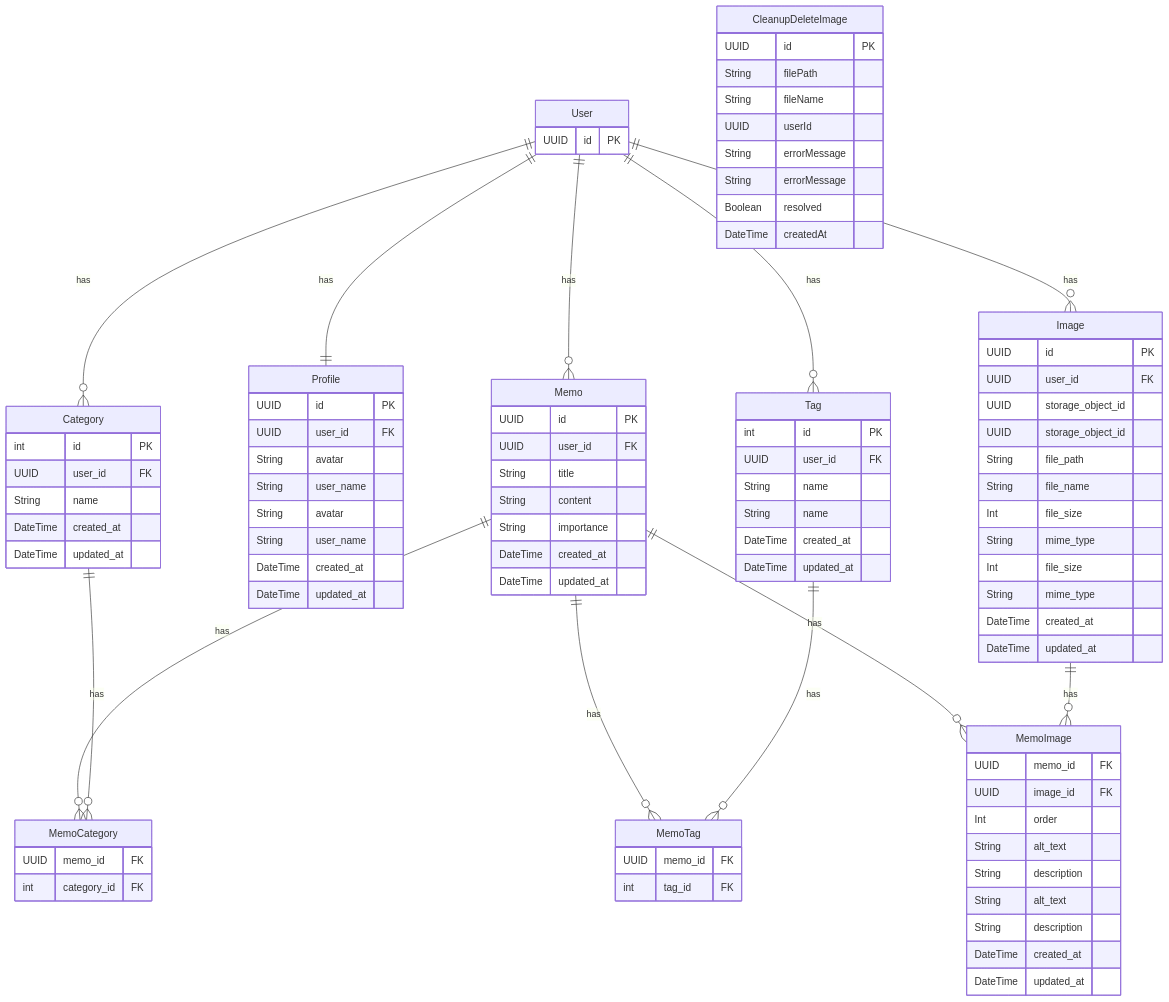
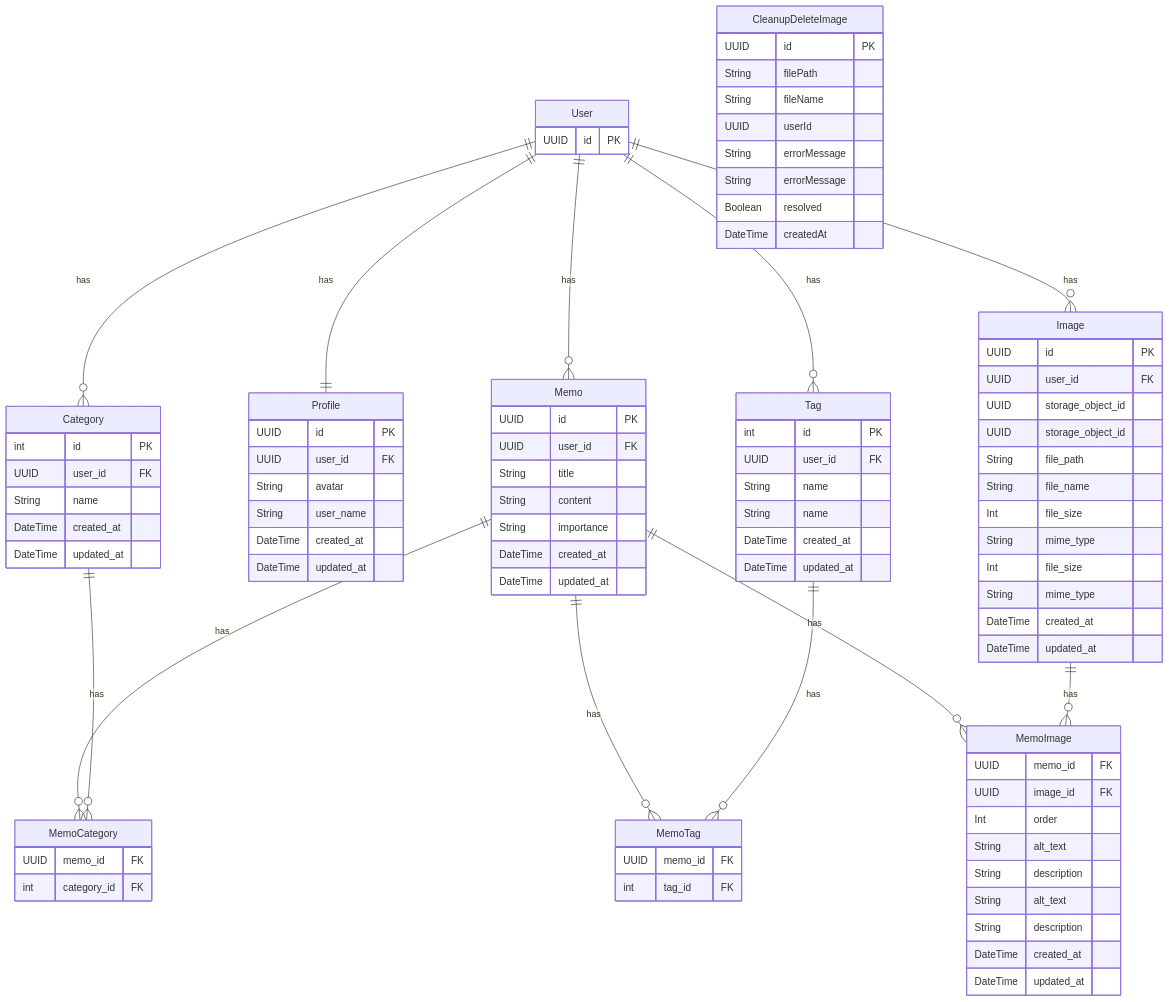
Before and after one commit to k-gitest/react-spa-architecture: the second of 2 diagrams in README.md, drawn with Mermaid. The commit also changed other lines of this file, not shown here.

```diff
--- a/README.md
+++ b/README.md
@@ -153,8 +163,6 @@
   Profile {
     UUID id PK
     UUID user_id FK
-    String avatar
-    String user_name
     String avatar
     String user_name
     DateTime created_at
```
